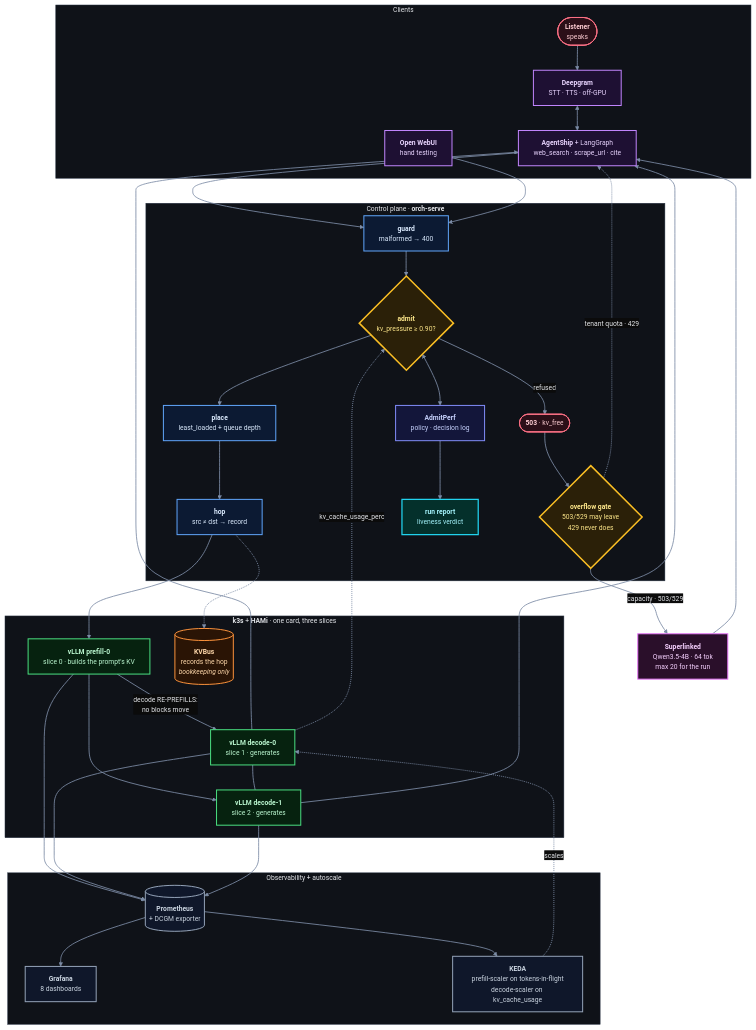
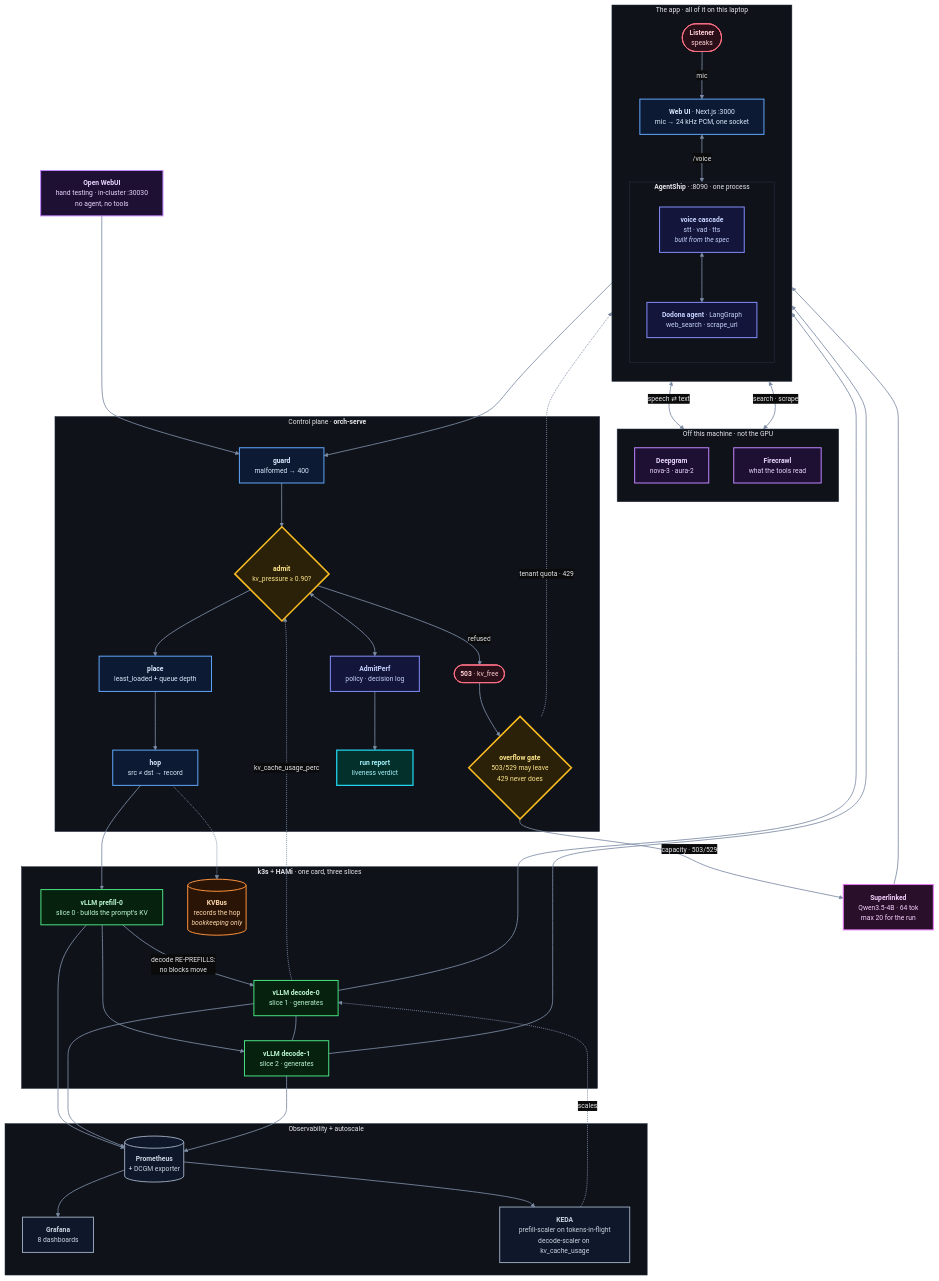
One commit to harshuljain13/Dodona changed the diagram in README.md. Above: the diagram before and after it, drawn with Mermaid. The commit also changed other lines of this file and 3 other files, not shown here.

```diff
--- a/README.md
+++ b/README.md
@@ -47,14 +46,30 @@
   'clusterBkg':'#0F1218','clusterBorder':'#263142','edgeLabelBackground':'#0B0B0B'
 }}}%%
 flowchart TD
-    subgraph CL["Clients"]
+    subgraph CL["The app · all of it on this laptop"]
+      direction TB
       L(["<b>Listener</b><br/>speaks"])
-      DG["<b>Deepgram</b><br/>STT · TTS · off-GPU"]
-      AG["<b>AgentShip</b> + LangGraph<br/>web_search · scrape_url · cite"]
-      UI["<b>Open WebUI</b><br/>hand testing"]
-      L --> DG
-      DG <--> AG
+      WEB["<b>Web UI</b> · Next.js :3000<br/>mic → 24 kHz PCM, one socket"]
+      subgraph AS["<b>AgentShip</b> · :8090 · one process"]
+        direction TB
+        VC["<b>voice cascade</b><br/>stt · vad · tts<br/><i>built from the spec</i>"]
+        AG["<b>Dodona agent</b> · LangGraph<br/>web_search · scrape_url"]
+        VC <--> AG
+      end
+      L -->|"mic"| WEB
+      WEB <-->|"/voice"| VC
     end
+
+    subgraph EXT["Off this machine · not the GPU"]
+      direction TB
+      DG["<b>Deepgram</b><br/>nova-3 · aura-2"]
+      WB["<b>Firecrawl</b><br/>what the tools read"]
+    end
+
+    VC <-->|"speech ⇄ text"| DG
+    AG <-->|"search · scrape"| WB
+
+    UI["<b>Open WebUI</b><br/>hand testing · in-cluster :30030<br/>no agent, no tools"]
 
     subgraph GW["Control plane · <b>orch-serve</b>"]
       GD["<b>guard</b><br/>malformed → 400"]
@@ -109,12 +124,12 @@
     KD -.->|"scales"| D0
 
     class L,RF actor
-    class DG,AG,UI ext
-    class GD,PL,HP ours
+    class DG,WB,UI ext
+    class GD,PL,HP,WEB ours
     class AD gate
     class PF,D0,D1 engine
     class MC store
-    class AP lib
+    class AP,AG,VC lib
     class OV gate
     class SL overflow
     class PM,GF,KD obs
```
